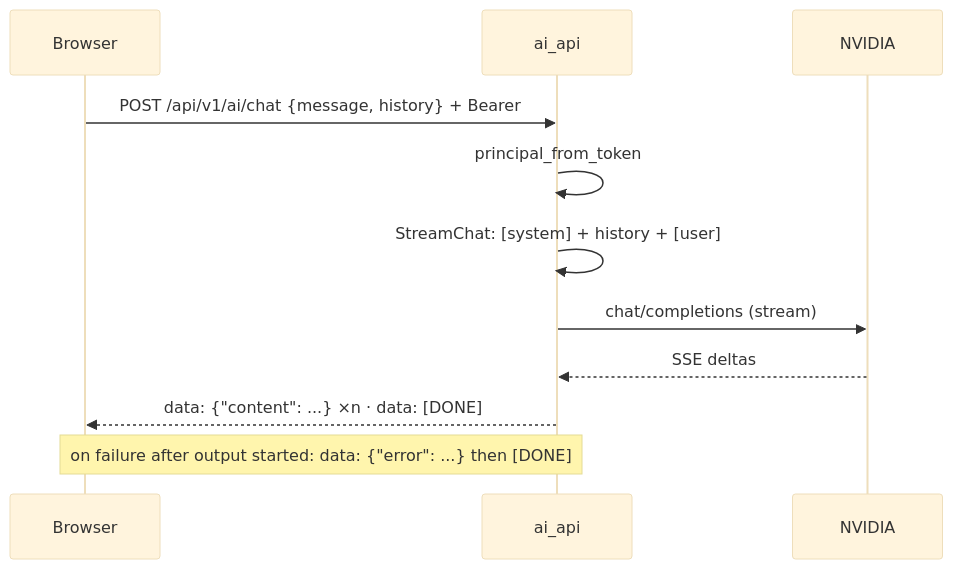
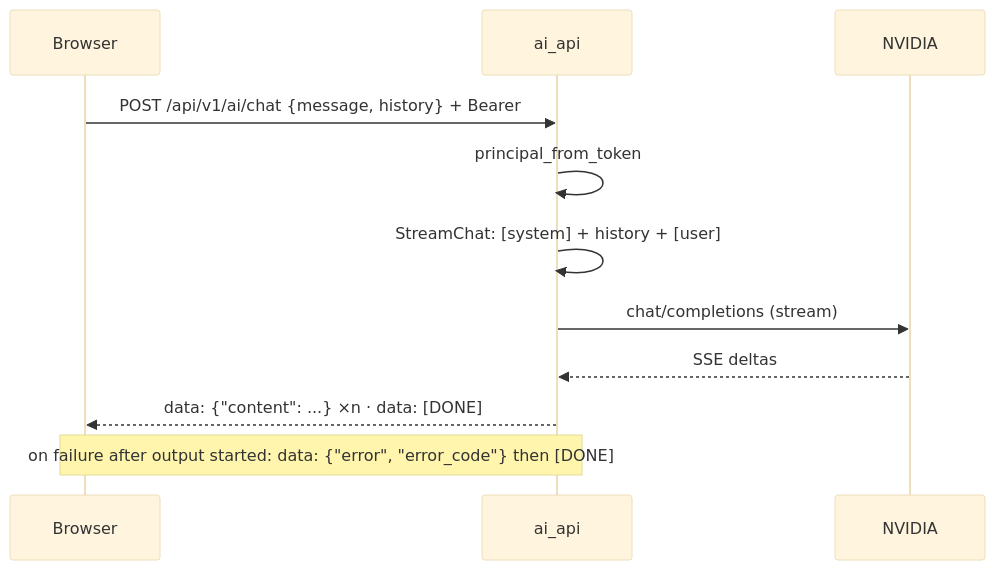
The third of 3 diagrams in docs/architecture/overview.md (manupm87/travel-ai-world), drawn with Mermaid (base theme) before and after one commit. The commit also changed 14 other files, not shown here.

````diff
--- a/docs/architecture/overview.md
+++ b/docs/architecture/overview.md
@@ -78,13 +78,13 @@
 ```mermaid
 sequenceDiagram
     participant B as Browser
     participant A as ai_api
     participant N as NVIDIA
     B->>A: POST /api/v1/ai/chat {message, history} + Bearer
     A->>A: principal_from_token
     A->>A: StreamChat: [system] + history + [user]
     A->>N: chat/completions (stream)
     N-->>A: SSE deltas
     A-->>B: data: {"content": ...} ×n · data: [DONE]
-    Note over A,B: on failure after output started: data: {"error": ...} then [DONE]
+    Note over A,B: on failure after output started: data: {"error", "error_code"} then [DONE]
 ```
````
